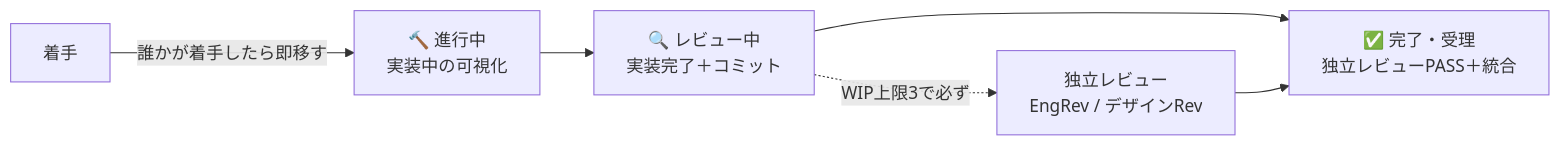
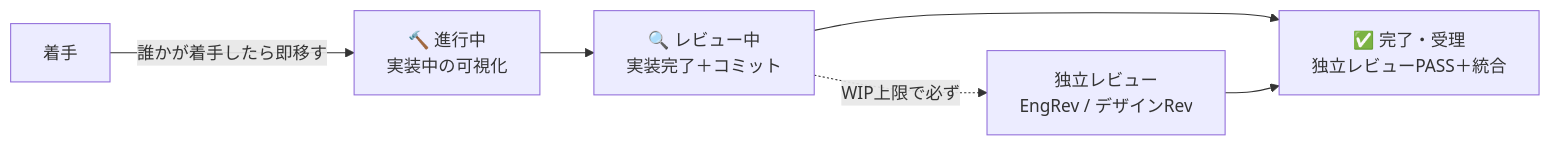
One commit to kumamoto-kouki/conductor-sdlc-template changed the diagram in .kiro/steering/operations.md. Above: the diagram before and after it, drawn with Mermaid. The commit also changed other lines of this file and 8 other files, not shown here.

````diff
--- a/.kiro/steering/operations.md
+++ b/.kiro/steering/operations.md
@@ -19,8 +19,8 @@
 ```mermaid
 flowchart LR
   A[着手] -->|誰かが着手したら即移す| B["🔨 進行中<br/>実装中の可視化"]
   B --> C["🔍 レビュー中<br/>実装完了＋コミット"]
   C --> D["✅ 完了・受理<br/>独立レビューPASS＋統合"]
-  C -. "WIP上限3で必ず" .-> E["独立レビュー<br/>EngRev / デザインRev"]
+  C -. "WIP上限で必ず" .-> E["独立レビュー<br/>EngRev / デザインRev"]
   E --> D
 ```
````
